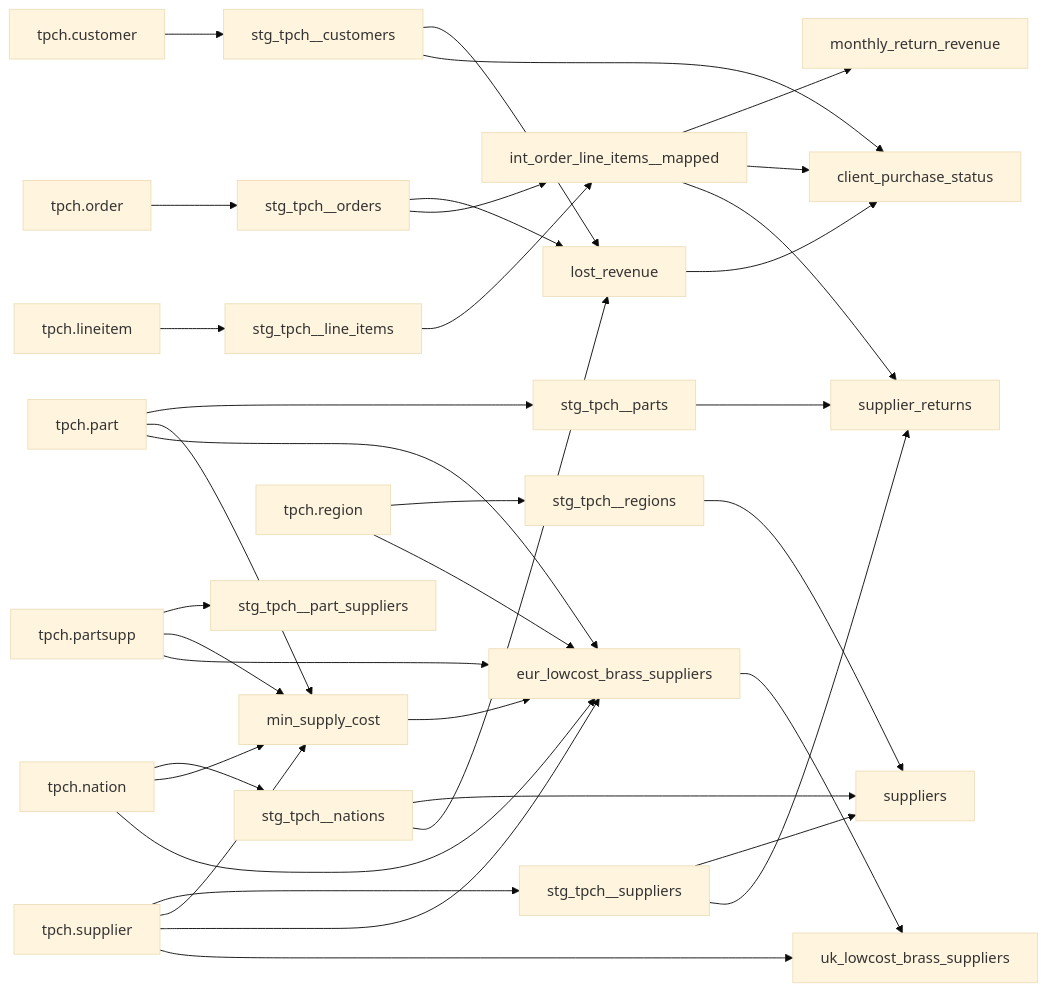
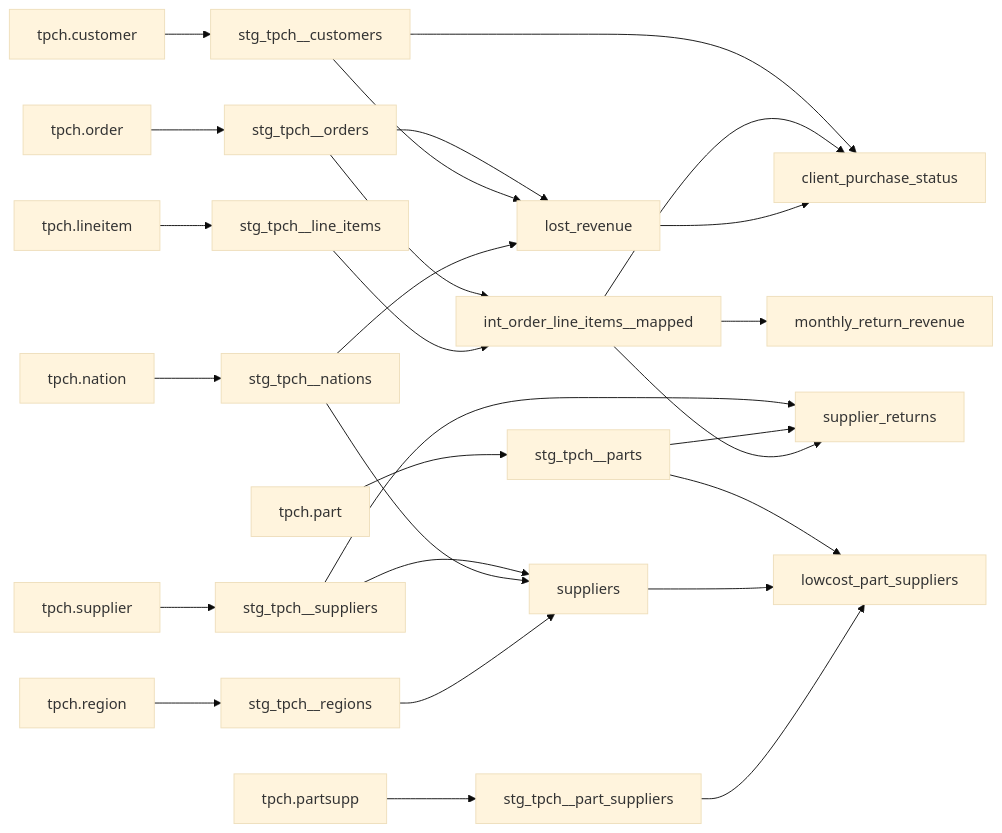
Before and after one commit to nicholasyager/hubspot-technical-assessment-template: the second of 2 diagrams in README.md, drawn with Mermaid (base theme). The commit also changed other lines of this file, not shown here.

Commit message:
docs: Update README for new DAG

````diff
--- a/README.md
+++ b/README.md
@@ -31,56 +30,36 @@
 ```mermaid
-flowchart LR
-
-    classDef newModel stroke:#DAF7A6, fill:#DAF7A644
-    classDef removedModel stroke:#F7A6B1, fill:#F7A6B144
-
+graph LR;
     tpch.customer --> stg_tpch__customers;
     tpch.lineitem --> stg_tpch__line_items;
     tpch.nation --> stg_tpch__nations;
     tpch.order --> stg_tpch__orders;
     tpch.partsupp --> stg_tpch__part_suppliers;
     tpch.part --> stg_tpch__parts;
     tpch.region --> stg_tpch__regions;
     tpch.supplier --> stg_tpch__suppliers;
 
-    stg_tpch__suppliers --> suppliers
-    stg_tpch__nations --> suppliers
-    stg_tpch__regions --> suppliers
+    stg_tpch__suppliers --> suppliers;
+    stg_tpch__nations --> suppliers;
+    stg_tpch__regions --> suppliers;
 
-    stg_tpch__orders --> lost_revenue
-    stg_tpch__customers --> lost_revenue
-    stg_tpch__nations --> lost_revenue
+    stg_tpch__orders --> lost_revenue;
+    stg_tpch__customers --> lost_revenue;
+    stg_tpch__nations --> lost_revenue;
 
-    stg_tpch__orders --> int_order_line_items__mapped
-    stg_tpch__line_items --> int_order_line_items__mapped
+    stg_tpch__orders --> int_order_line_items__mapped;
+    stg_tpch__line_items --> int_order_line_items__mapped;
 
-
-    int_order_line_items__mapped --> monthly_return_revenue
+    int_order_line_items__mapped --> monthly_return_revenue;
 
     stg_tpch__customers --> client_purchase_status;
     int_order_line_items__mapped --> client_purchase_status;
     lost_revenue --> client_purchase_status;
 
-    min_supply_cost
-    tpch.part --> min_supply_cost
-    tpch.supplier --> min_supply_cost
-    tpch.partsupp --> min_supply_cost
-    tpch.nation --> min_supply_cost
+    stg_tpch__suppliers --> supplier_returns;
+    stg_tpch__parts --> supplier_returns;
+    int_order_line_items__mapped --> supplier_returns;
 
-    eur_lowcost_brass_suppliers
-    tpch.part --> eur_lowcost_brass_suppliers
-    tpch.supplier --> eur_lowcost_brass_suppliers
-    tpch.partsupp --> eur_lowcost_brass_suppliers
-    tpch.nation --> eur_lowcost_brass_suppliers
-    tpch.region --> eur_lowcost_brass_suppliers
-    min_supply_cost --> eur_lowcost_brass_suppliers
-
-    uk_lowcost_brass_suppliers
-    eur_lowcost_brass_suppliers --> uk_lowcost_brass_suppliers
-    tpch.supplier --> uk_lowcost_brass_suppliers
-
-    stg_tpch__suppliers --> supplier_returns
-    stg_tpch__parts --> supplier_returns
-    int_order_line_items__mapped --> supplier_returns
-
+    stg_tpch__parts --> lowcost_part_suppliers;
+    suppliers --> lowcost_part_suppliers;
+    stg_tpch__part_suppliers  --> lowcost_part_suppliers;
 ```
````
